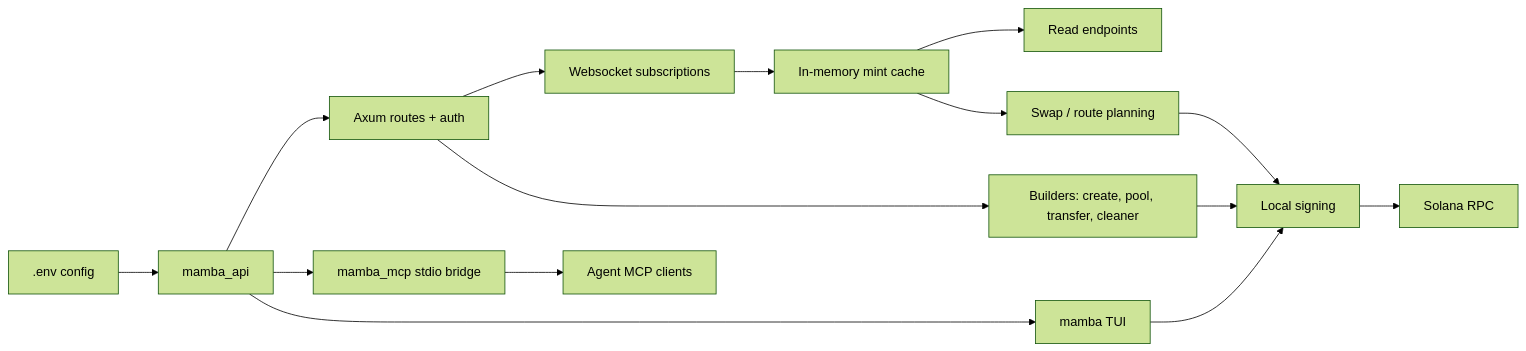
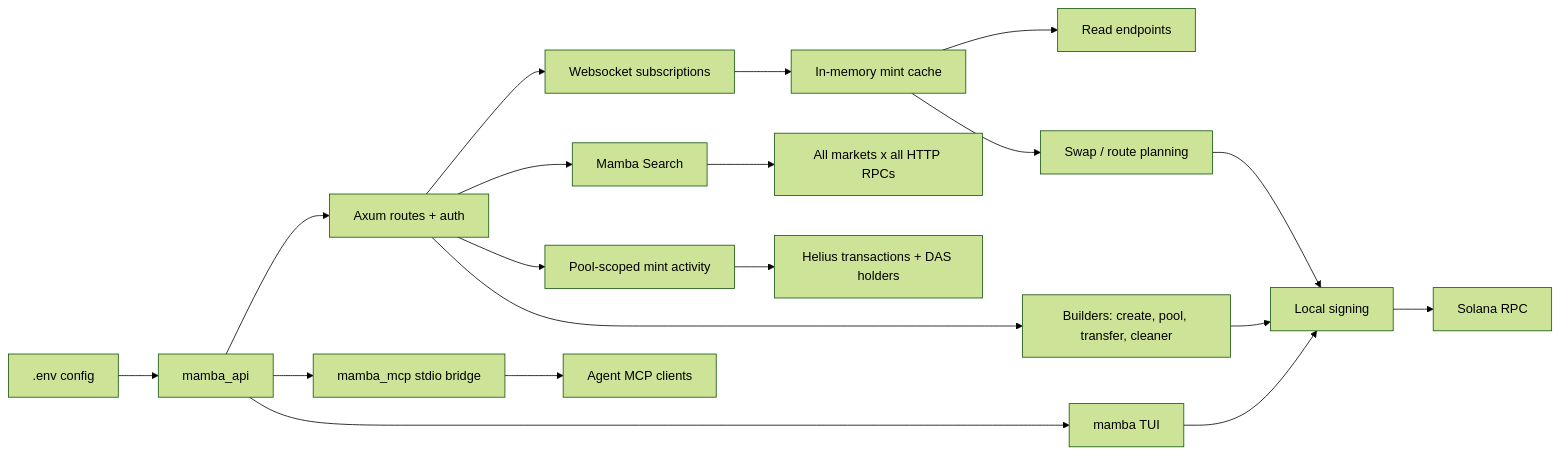
One commit to FLOCK4H/Mamba changed the diagram in docs/architecture.md. Above: the diagram before and after it, drawn with Mermaid (forest theme). The commit also changed other lines of this file and 19 other files, not shown here.

````diff
--- a/docs/architecture.md
+++ b/docs/architecture.md
@@ -16,17 +16,21 @@
 ```mermaid
 flowchart LR
     A[.env config] --> B[mamba_api]
     B --> C[Axum routes + auth]
     C --> D[Websocket subscriptions]
+    C --> N[Mamba Search]
+    C --> P[Pool-scoped mint activity]
+    N --> O[All markets x all HTTP RPCs]
+    P --> Q[Helius transactions + DAS holders]
     D --> E[In-memory mint cache]
     E --> F[Read endpoints]
     E --> G[Swap / route planning]
     C --> H[Builders: create, pool, transfer, cleaner]
     B --> I[mamba_mcp stdio bridge]
     I --> J[Agent MCP clients]
     B --> K[mamba TUI]
     K --> L[Local signing]
     H --> L
     G --> L
     L --> M[Solana RPC]
 ```
````
